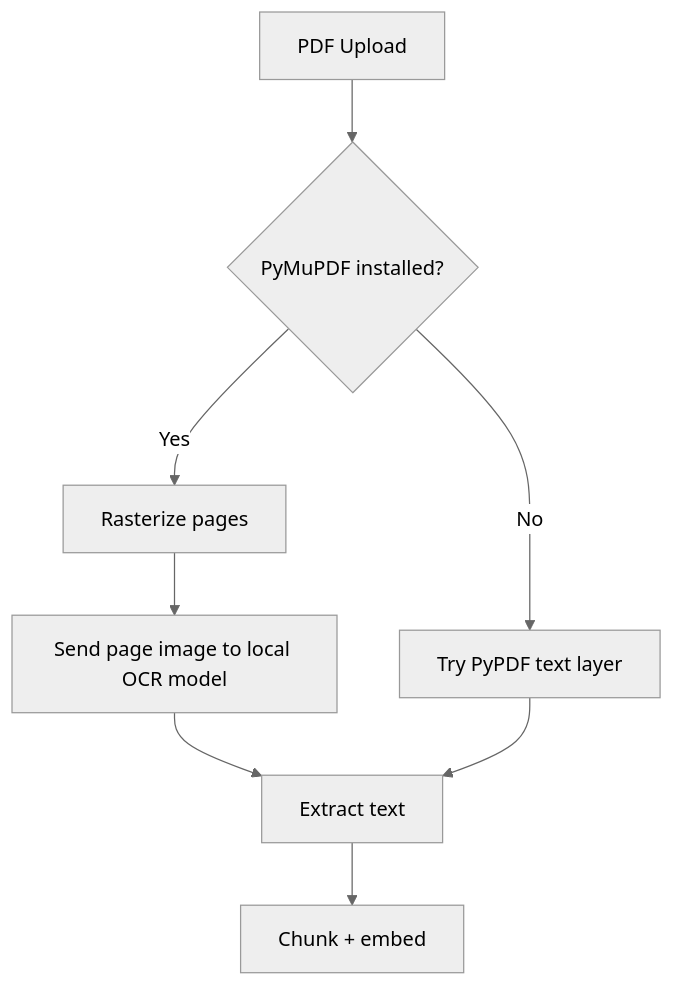
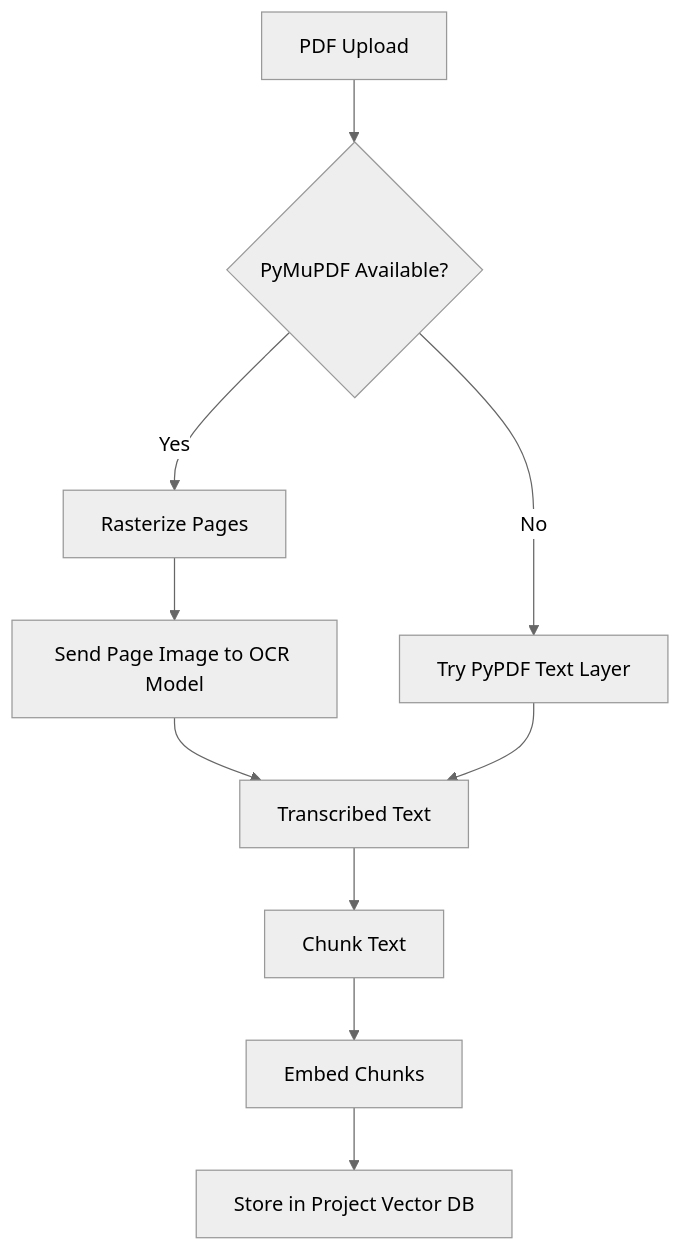
Before and after one commit to ScriptKiddie913/The-Writer: the third of 4 diagrams in README.md, drawn with Mermaid (neutral theme). The commit also changed other lines of this file, not shown here.

````diff
--- a/README.md
+++ b/README.md
@@ -314,10 +510,12 @@
 ```mermaid
 flowchart TD
-    A[PDF Upload] --> B{PyMuPDF installed?}
-    B -- Yes --> C[Rasterize pages]
-    C --> D[Send page image to local OCR model]
-    D --> E[Extract text]
-    B -- No --> F[Try PyPDF text layer]
+    A[PDF Upload] --> B{PyMuPDF Available?}
+    B -- Yes --> C[Rasterize Pages]
+    C --> D[Send Page Image to OCR Model]
+    D --> E[Transcribed Text]
+    B -- No --> F[Try PyPDF Text Layer]
     F --> E
-    E --> G[Chunk + embed]
+    E --> G[Chunk Text]
+    G --> H[Embed Chunks]
+    H --> I[Store in Project Vector DB]
 ```
````
